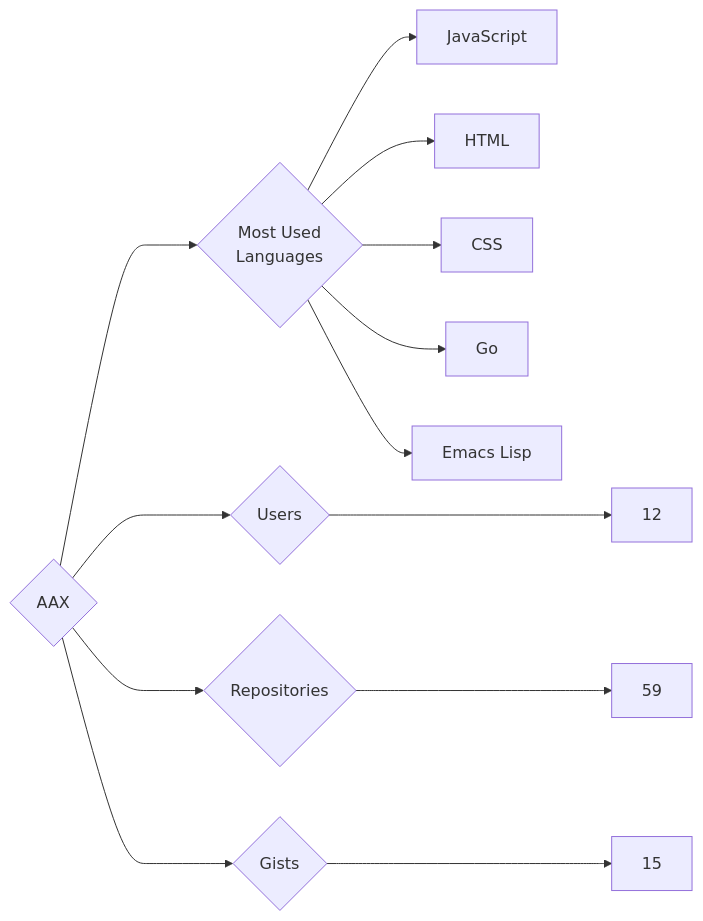
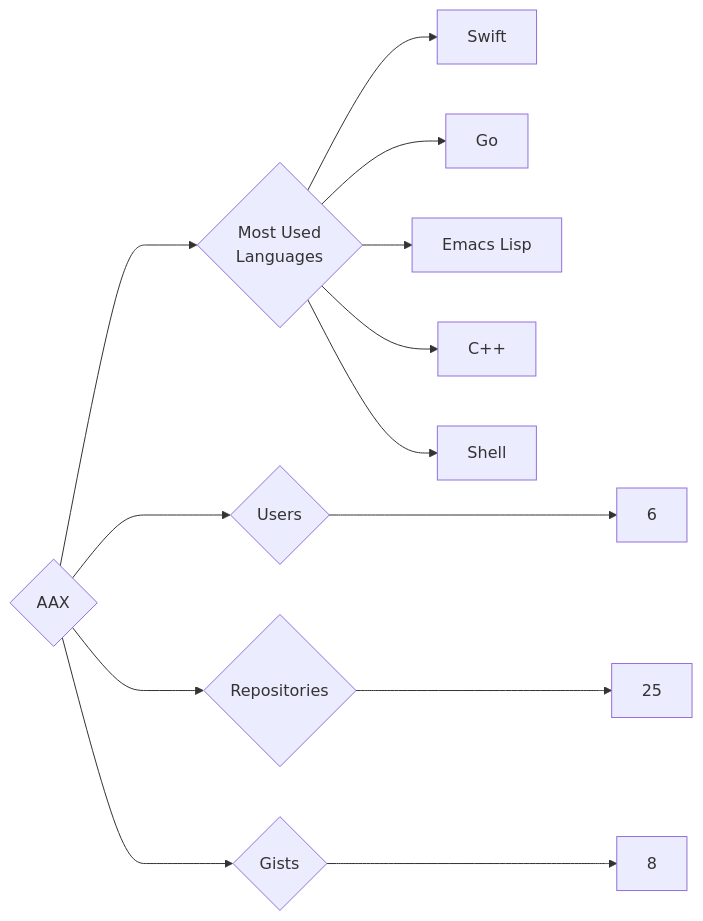
Before and after one commit to trickest/insiders: the diagram in targets/AAX/README.md, drawn with Mermaid. The commit also changed 611 other files, not shown here.

````diff
--- a/targets/AAX/README.md
+++ b/targets/AAX/README.md
@@ -3,13 +3,13 @@
 ```mermaid
 graph LR
 COMPANY_NAME{AAX}
-COMPANY_NAME ---> U{Users} ---> UN[12]
-COMPANY_NAME ---> R{Repositories} ---> RN[59]
-COMPANY_NAME ---> G{Gists} ---> GN[15]
+COMPANY_NAME ---> U{Users} ---> UN[6]
+COMPANY_NAME ---> R{Repositories} ---> RN[25]
+COMPANY_NAME ---> G{Gists} ---> GN[8]
 COMPANY_NAME ---> ML{Most Used<br>Languages}
-ML --> JavaScript[JavaScript]
-ML --> HTML[HTML]
-ML --> CSS[CSS]
+ML --> Swift[Swift]
 ML --> Go[Go]
 ML --> Emacs_Lisp[Emacs Lisp]
+ML --> C++[C++]
+ML --> Shell[Shell]
 ```
````
